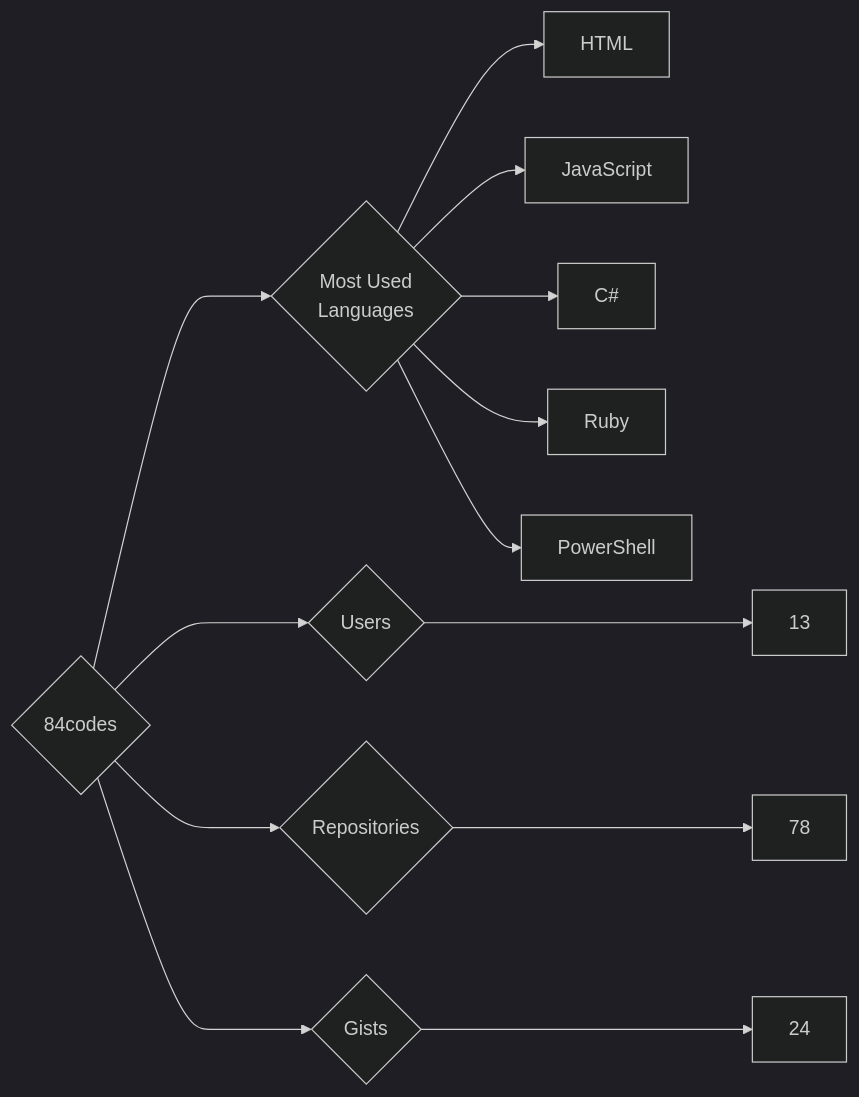
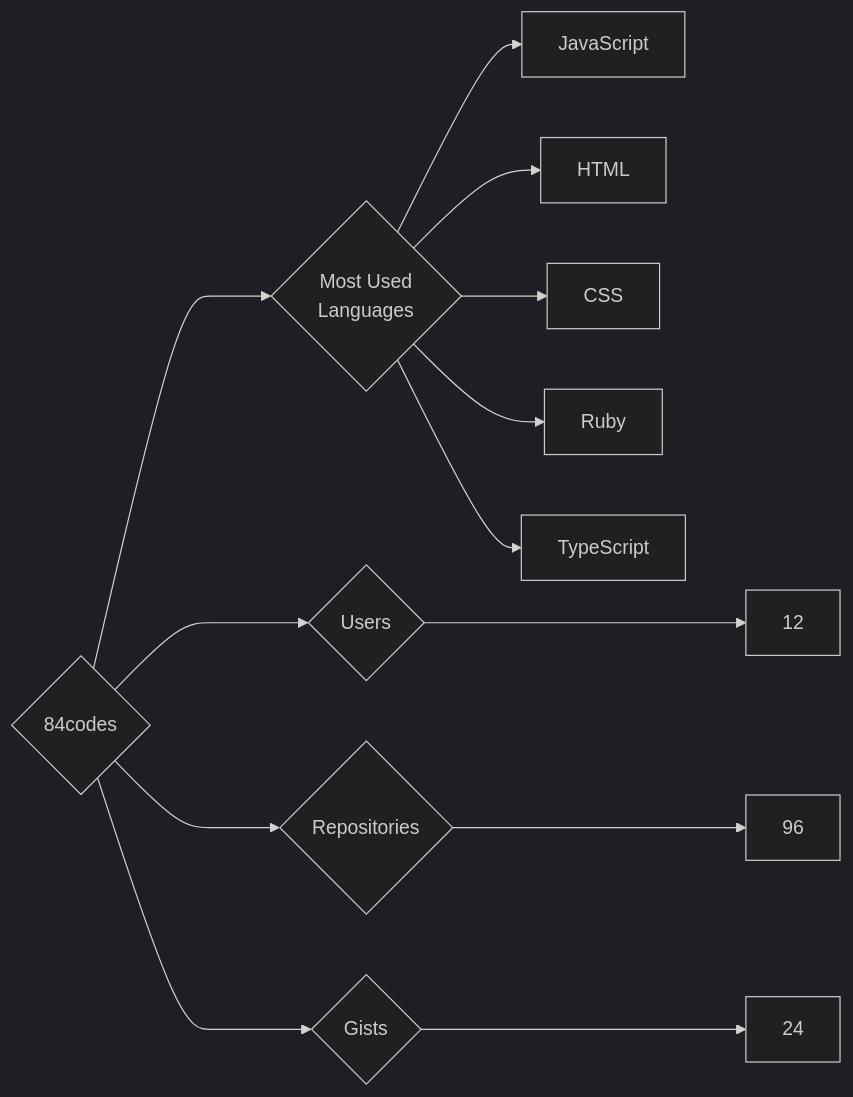
One commit to trickest/insiders changed the diagram in targets/84codes/README.md. Above: the diagram before and after it, drawn with Mermaid (dark theme). The commit also changed 815 other files, not shown here.

````diff
--- a/targets/84codes/README.md
+++ b/targets/84codes/README.md
@@ -3,13 +3,13 @@
 ```mermaid
 graph LR
 COMPANY_NAME{84codes}
-COMPANY_NAME ---> U{Users} ---> UN[13]
-COMPANY_NAME ---> R{Repositories} ---> RN[78]
+COMPANY_NAME ---> U{Users} ---> UN[12]
+COMPANY_NAME ---> R{Repositories} ---> RN[96]
 COMPANY_NAME ---> G{Gists} ---> GN[24]
 COMPANY_NAME ---> ML{Most Used<br>Languages}
+ML --> JavaScript[JavaScript]
 ML --> HTML[HTML]
-ML --> JavaScript[JavaScript]
-ML --> C#[C#]
+ML --> CSS[CSS]
 ML --> Ruby[Ruby]
-ML --> PowerShell[PowerShell]
+ML --> TypeScript[TypeScript]
 ```
````
